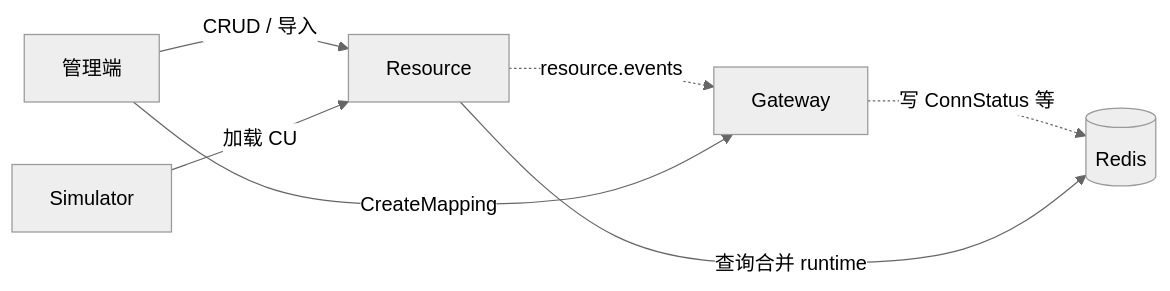
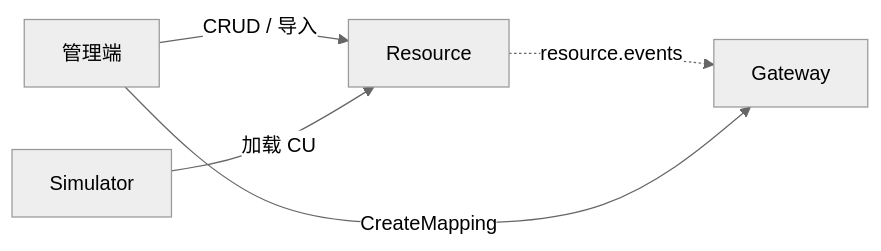
The second of 2 diagrams in internal/resource/OVERVIEW.md (mushroomyuan/vpp-backend), drawn with Mermaid (neutral theme) before and after one commit. The commit also changed other lines of this file and 46 other files, not shown here.

````diff
--- a/internal/resource/OVERVIEW.md
+++ b/internal/resource/OVERVIEW.md
@@ -159,9 +157,7 @@
 ```mermaid
 flowchart LR
     Admin[管理端] -->|CRUD / 导入| Res[Resource]
     Res -.->|resource.events| GW[Gateway]
     Admin -->|CreateMapping| GW
     Sim[Simulator] -->|加载 CU| Res
-    GW -.->|写 ConnStatus 等| Redis[(Redis)]
-    Res -->|查询合并 runtime| Redis
 ```
````
